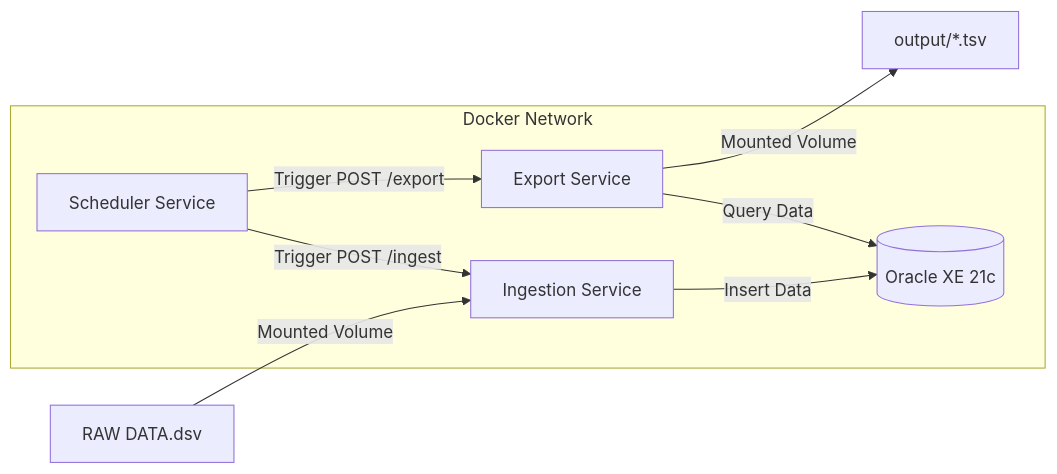
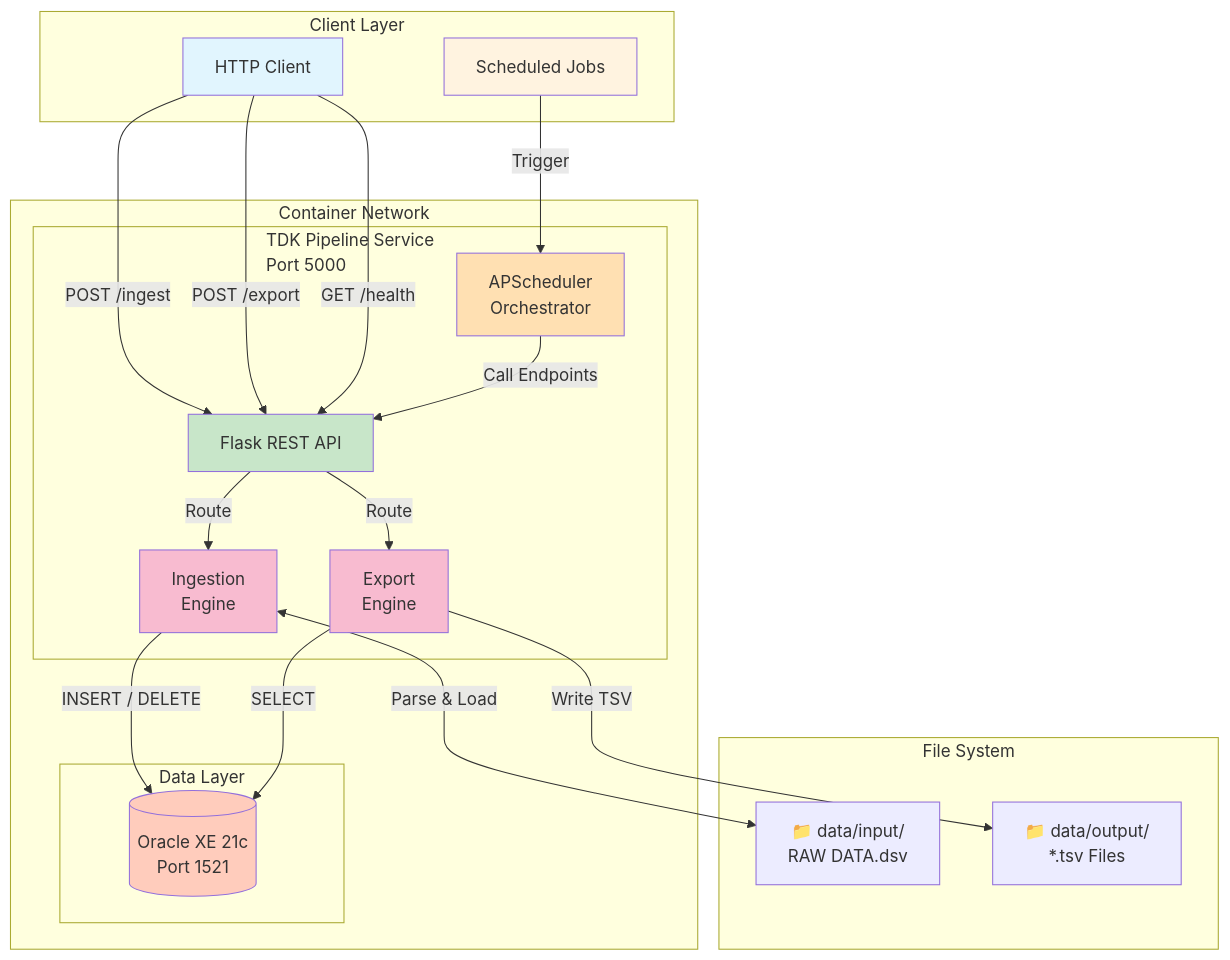
One commit to dineshbuilds121/tdk-data-pipeline changed the diagram in README.md. Above: the diagram before and after it, drawn with Mermaid.

````diff
--- a/README.md
+++ b/README.md
@@ -20,13 +20,48 @@
 ```mermaid
-graph LR
-    subgraph Docker Network
-        SCH[Scheduler Service] -->|Trigger POST /ingest| ING[Ingestion Service]
-        SCH -->|Trigger POST /export| EXP[Export Service]
-        
-        ING -->|Insert Data| DB[(Oracle XE 21c)]
-        EXP -->|Query Data| DB
+graph TB
+    subgraph "Client Layer"
+        CLIENT[HTTP Client]
+        CRON[Scheduled Jobs]
     end
     
-    FILE_IN[RAW DATA.dsv] -->|Mounted Volume| ING
-    EXP -->|Mounted Volume| FILE_OUT[output/*.tsv]
+    subgraph "Container Network"
+        subgraph "TDK Pipeline Service<br/>Port 5000"
+            FLASK[Flask REST API]
+            SCHED[APScheduler<br/>Orchestrator]
+            INGEST[Ingestion<br/>Engine]
+            EXPORT[Export<br/>Engine]
+        end
+        
+        subgraph "Data Layer"
+            ORACLEDB[(Oracle XE 21c<br/>Port 1521)]
+        end
+    end
+    
+    subgraph "File System"
+        INPUT["📁 data/input/<br/>RAW DATA.dsv"]
+        OUTPUT["📁 data/output/<br/>*.tsv Files"]
+    end
+    
+    CLIENT -->|POST /ingest| FLASK
+    CLIENT -->|POST /export| FLASK
+    CLIENT -->|GET /health| FLASK
+    
+    CRON -->|Trigger| SCHED
+    SCHED -->|Call Endpoints| FLASK
+    FLASK -->|Route| INGEST
+    FLASK -->|Route| EXPORT
+    
+    INGEST <-->|Parse & Load| INPUT
+    INGEST -->|INSERT / DELETE| ORACLEDB
+    
+    EXPORT -->|SELECT| ORACLEDB
+    EXPORT -->|Write TSV| OUTPUT
+    
+    style CLIENT fill:#e1f5fe
+    style CRON fill:#fff3e0
+    style FLASK fill:#c8e6c9
+    style INGEST fill:#f8bbd0
+    style EXPORT fill:#f8bbd0
+    style SCHED fill:#ffe0b2
+    style ORACLEDB fill:#ffccbc
 ```
````
